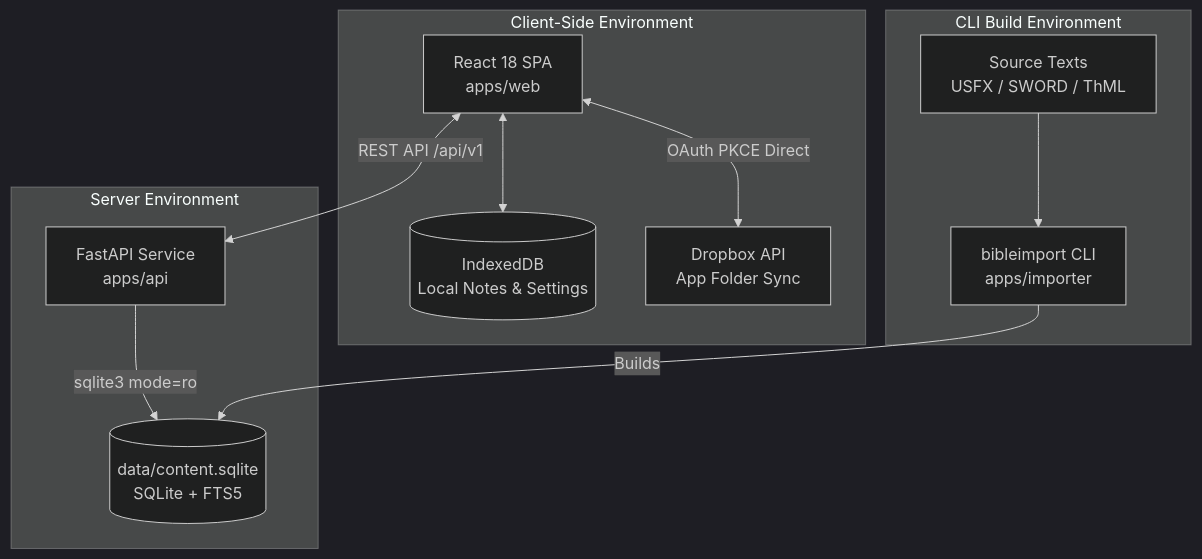
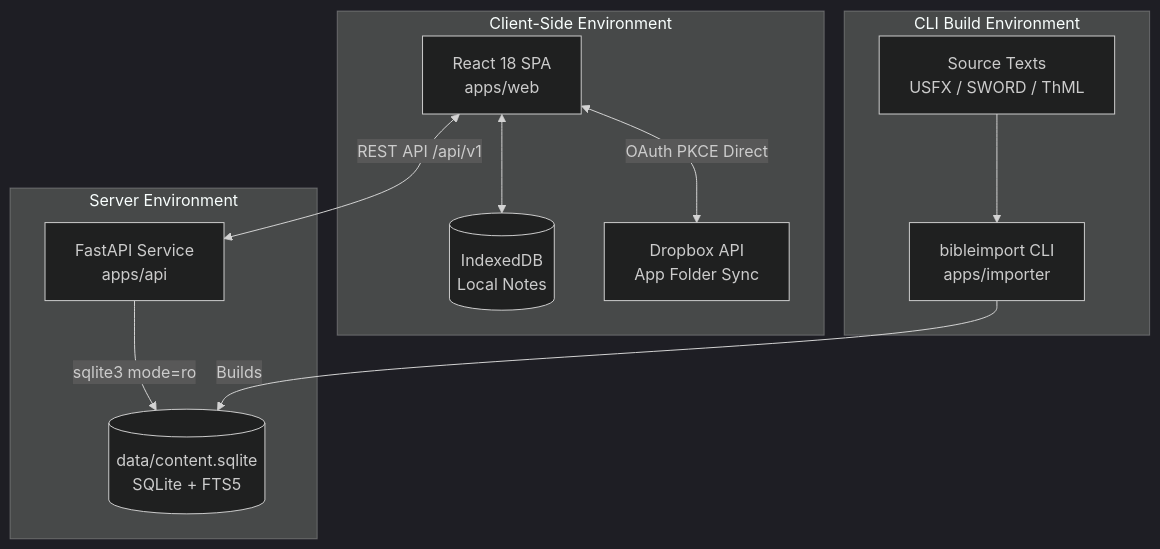
One commit to htrendafilov/DidacheDynamis changed the first of 2 diagrams in docs/developer/architecture-overview.md. Above: the diagram before and after it, drawn with Mermaid (dark theme). The commit also changed other lines of this file and 29 other files, not shown here.

````diff
--- a/docs/developer/architecture-overview.md
+++ b/docs/developer/architecture-overview.md
@@ -7,25 +7,25 @@
 ```mermaid
 graph TD
     subgraph Client Browser [Client-Side Environment]
         SPA[React 18 SPA\napps/web]
-        IDB[(IndexedDB\nLocal Notes & Settings)]
+        IDB[(IndexedDB\nLocal Notes)]
         Dropbox[Dropbox API\nApp Folder Sync]
         SPA <--> IDB
         SPA <-->|OAuth PKCE Direct| Dropbox
     end
 
     subgraph Backend Server [Server Environment]
         API[FastAPI Service\napps/api]
         SQLite[(data/content.sqlite\nSQLite + FTS5)]
         API -->|sqlite3 mode=ro| SQLite
     end
 
     subgraph Offline Tooling [CLI Build Environment]
         Importer[bibleimport CLI\napps/importer]
         Sources[Source Texts\nUSFX / SWORD / ThML]
         Sources --> Importer
         Importer -->|Builds| SQLite
     end
 
     SPA <-->|REST API /api/v1| API
 ```
````
